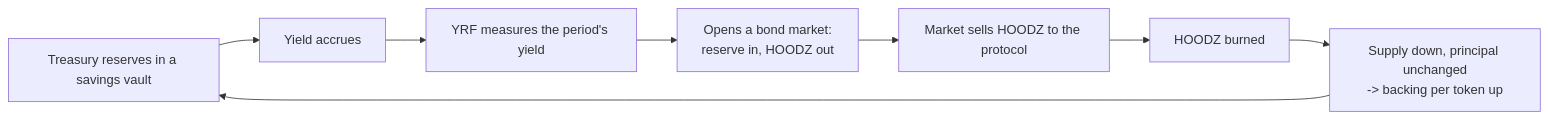
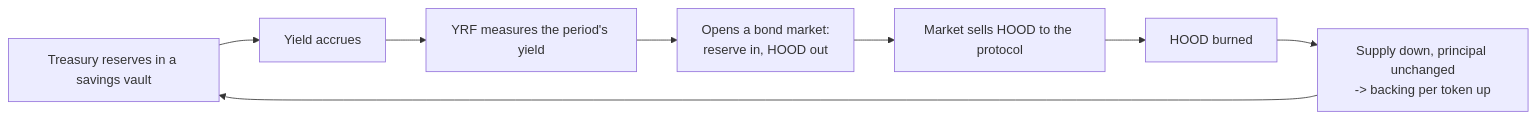
The seventh of 10 diagrams in docs/PROTOCOL.md (averageballer13/Hoodz), drawn with Mermaid before and after one commit. The commit also changed other lines of this file and 109 other files, not shown here.

````diff
--- a/docs/PROTOCOL.md
+++ b/docs/PROTOCOL.md
@@ -662,10 +662,10 @@
 ```mermaid
 flowchart LR
     A["Treasury reserves in a savings vault"] --> B["Yield accrues"]
     B --> C["YRF measures the period's yield"]
-    C --> D["Opens a bond market:<br/>reserve in, HOODZ out"]
-    D --> E["Market sells HOODZ to the protocol"]
-    E --> F["HOODZ burned"]
+    C --> D["Opens a bond market:<br/>reserve in, HOOD out"]
+    D --> E["Market sells HOOD to the protocol"]
+    E --> F["HOOD burned"]
     F --> G["Supply down, principal unchanged<br/>-> backing per token up"]
     G --> A
 ```
````
